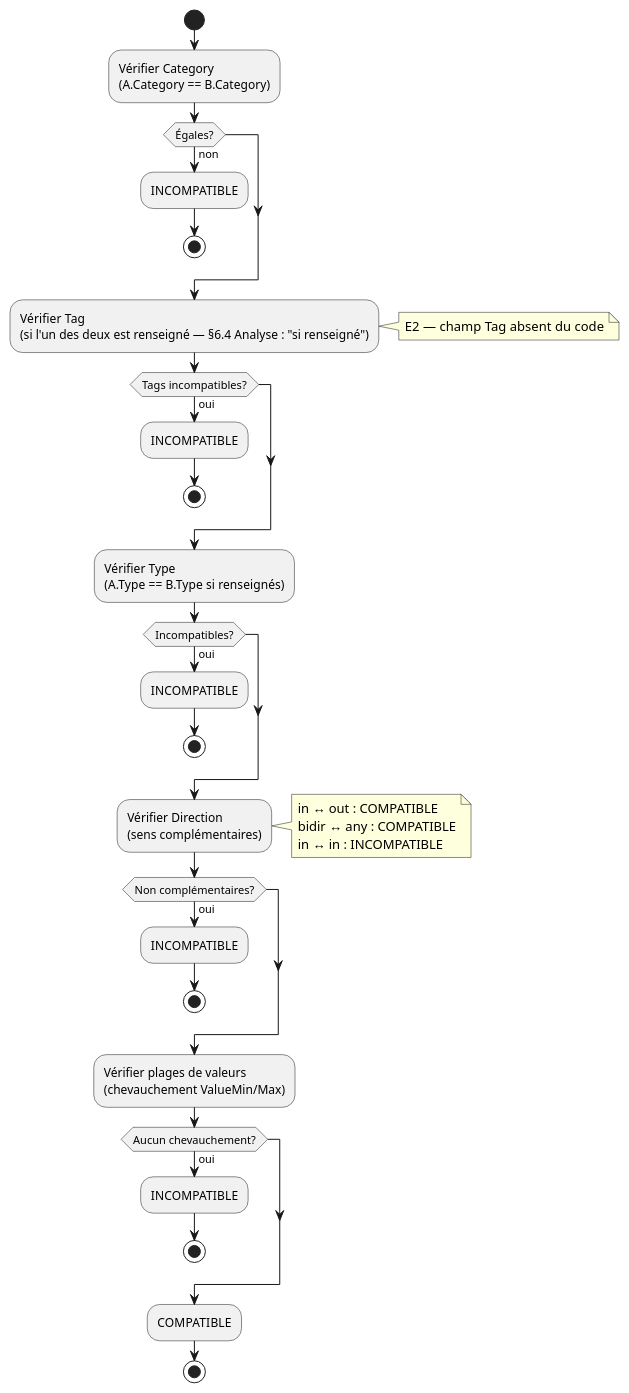
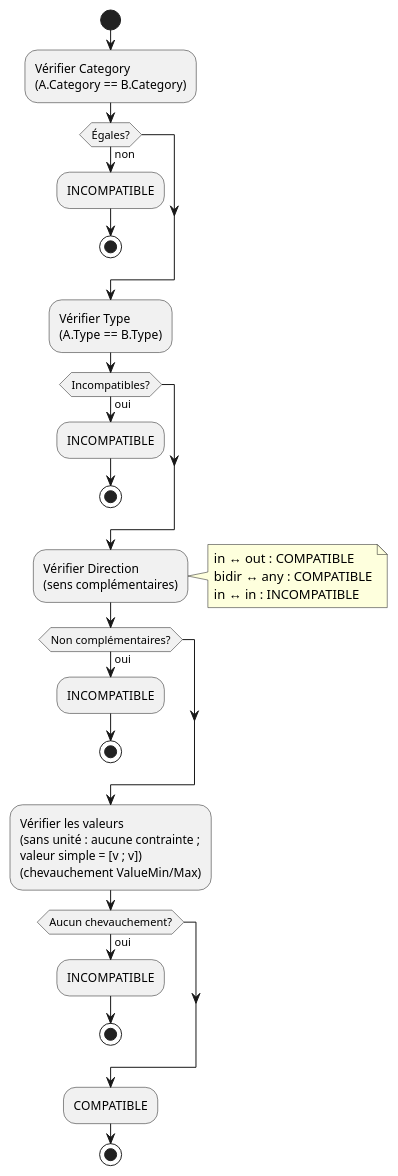
The third of 5 diagrams in specs/3-Conception/Architecture_Composition.md (myr-forge/myr-core), drawn with PlantUML before and after one commit. The commit also changed other lines of this file and 23 other files, not shown here.

````diff
--- a/specs/3-Conception/Architecture_Composition.md
+++ b/specs/3-Conception/Architecture_Composition.md
@@ -317,38 +311,32 @@
 ```plantuml
 @startuml
 start
 :Vérifier Category\n(A.Category == B.Category);
 if (Égales?) then (non)
   :INCOMPATIBLE;
   stop
 endif
-:Vérifier Tag\n(si l'un des deux est renseigné — §6.4 Analyse : "si renseigné");
-note right: E2 — champ Tag absent du code
-if (Tags incompatibles?) then (oui)
-  :INCOMPATIBLE;
-  stop
-endif
-:Vérifier Type\n(A.Type == B.Type si renseignés);
+:Vérifier Type\n(A.Type == B.Type);
 if (Incompatibles?) then (oui)
   :INCOMPATIBLE;
   stop
 endif
 :Vérifier Direction\n(sens complémentaires);
 note right
   in ↔ out : COMPATIBLE
   bidir ↔ any : COMPATIBLE
   in ↔ in : INCOMPATIBLE
 end note
 if (Non complémentaires?) then (oui)
   :INCOMPATIBLE;
   stop
 endif
-:Vérifier plages de valeurs\n(chevauchement ValueMin/Max);
+:Vérifier les valeurs\n(sans unité : aucune contrainte ;\nvaleur simple = [v ; v])\n(chevauchement ValueMin/Max);
 if (Aucun chevauchement?) then (oui)
   :INCOMPATIBLE;
   stop
 endif
 :COMPATIBLE;
 stop
 @enduml
 ```
````
